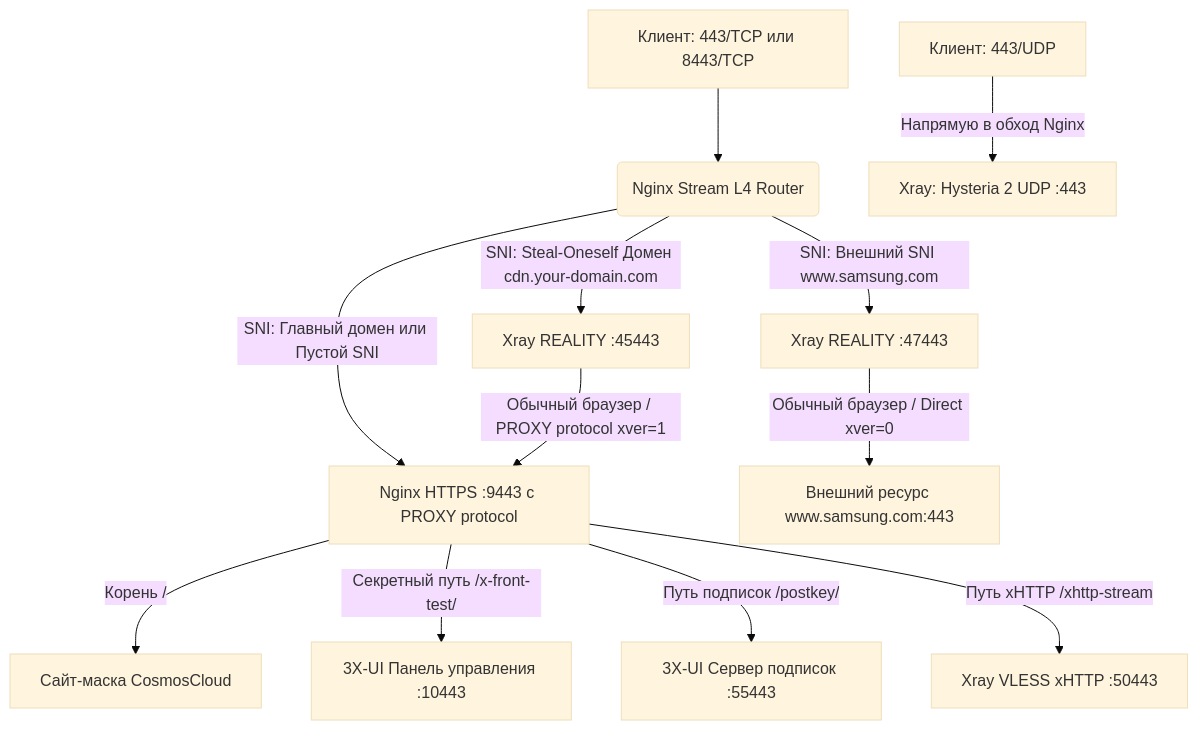
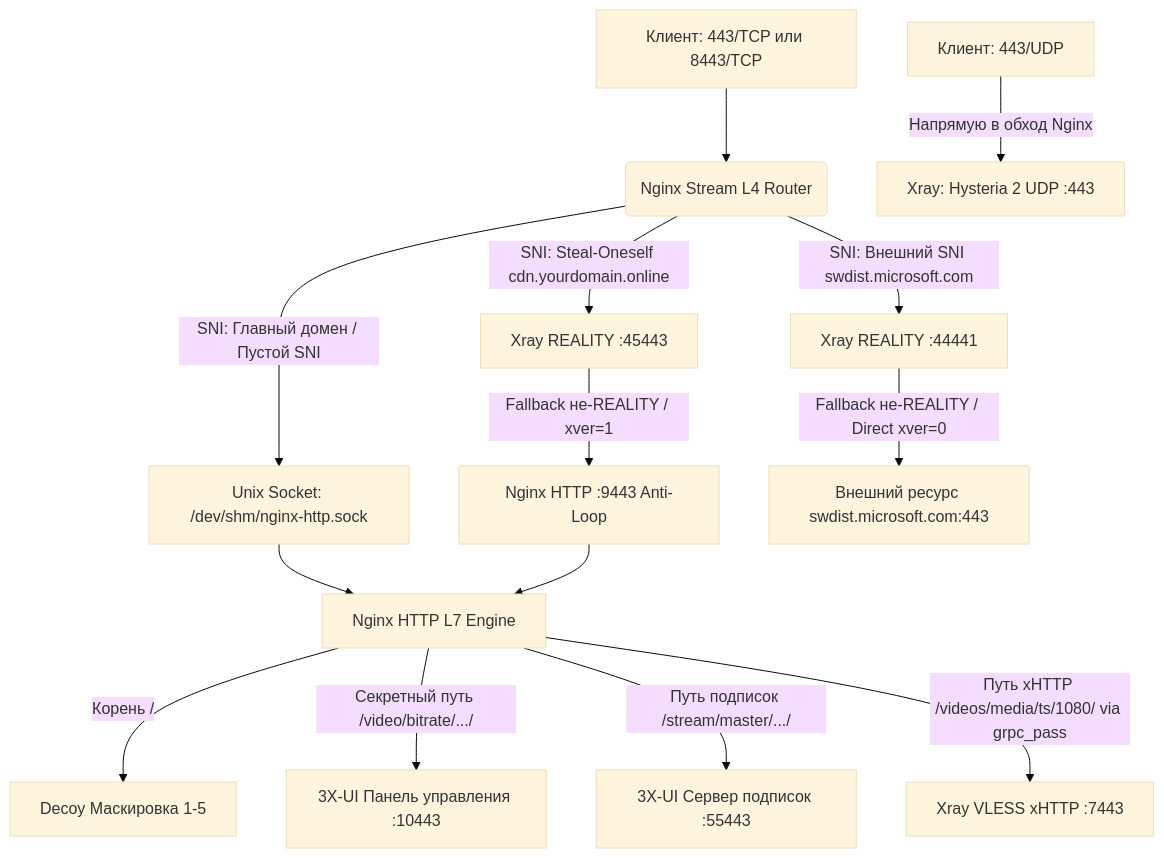
One commit to torrua/Nginx-L4-Stream-Router-Mask-for-3x-ui changed the diagram in README.md. Above: the diagram before and after it, drawn with Mermaid (base theme). The commit also changed other lines of this file, not shown here.

````diff
--- a/README.md
+++ b/README.md
@@ -31,17 +55,20 @@
 ```mermaid
 graph TD
     Client443TCP[Клиент: 443/TCP или 8443/TCP] --> NginxStream(Nginx Stream L4 Router)
     Client443UDP[Клиент: 443/UDP] -->|Напрямую в обход Nginx| XrayHysteria[Xray: Hysteria 2 UDP :443]
 
-    NginxStream -->|SNI: Главный домен или Пустой SNI| NginxHTTP[Nginx HTTPS :9443 с PROXY protocol]
-    NginxStream -->|SNI: Steal-Oneself Домен cdn.your-domain.com| XrayStealREALITY[Xray REALITY :45443]
-    NginxStream -->|SNI: Внешний SNI www.samsung.com| XrayClassicREALITY[Xray REALITY :47443]
+    NginxStream -->|SNI: Главный домен / Пустой SNI| NginxSock[Unix Socket: /dev/shm/nginx-http.sock]
+    NginxStream -->|SNI: Steal-Oneself cdn.yourdomain.online| XrayStealREALITY[Xray REALITY :45443]
+    NginxStream -->|SNI: Внешний SNI swdist.microsoft.com| XrayClassicREALITY[Xray REALITY :44441]
 
-    XrayStealREALITY -->|Обычный браузер / PROXY protocol xver=1| NginxHTTP
-    XrayClassicREALITY -->|Обычный браузер / Direct xver=0| ExternalSite[Внешний ресурс www.samsung.com:443]
-    
-    NginxHTTP -->|Корень /| DecoySite[Сайт-маска CosmosCloud]
-    NginxHTTP -->|Секретный путь /x-front-test/| Panel3X[3X-UI Панель управления :10443]
-    NginxHTTP -->|Путь подписок /postkey/| PanelSub[3X-UI Сервер подписок :55443]
-    NginxHTTP -->|Путь xHTTP /xhttp-stream| XrayXHTTP[Xray VLESS xHTTP :50443]
+    XrayStealREALITY -->|Fallback не-REALITY / xver=1| NginxFallbackHTTP[Nginx HTTP :9443 Anti-Loop]
+    XrayClassicREALITY -->|Fallback не-REALITY / Direct xver=0| ExternalSite[Внешний ресурс swdist.microsoft.com:443]
+
+    NginxSock --> NginxHTTPCore[Nginx HTTP L7 Engine]
+    NginxFallbackHTTP --> NginxHTTPCore
+
+    NginxHTTPCore -->|Корень /| DecoySite[Decoy Маскировка 1-5]
+    NginxHTTPCore -->|Секретный путь /video/bitrate/.../| Panel3X[3X-UI Панель управления :10443]
+    NginxHTTPCore -->|Путь подписок /stream/master/.../| PanelSub[3X-UI Сервер подписок :55443]
+    NginxHTTPCore -->|Путь xHTTP /videos/media/ts/1080/ via grpc_pass| XrayXHTTP[Xray VLESS xHTTP :7443]
 ```
````
